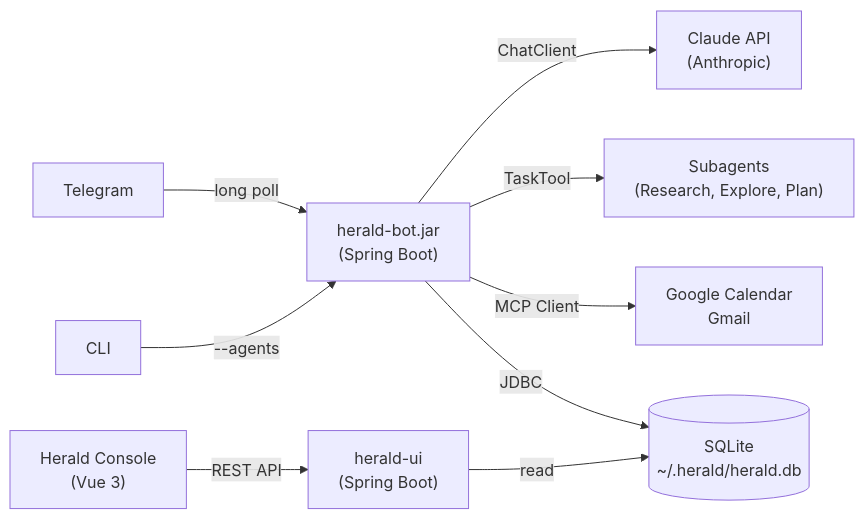
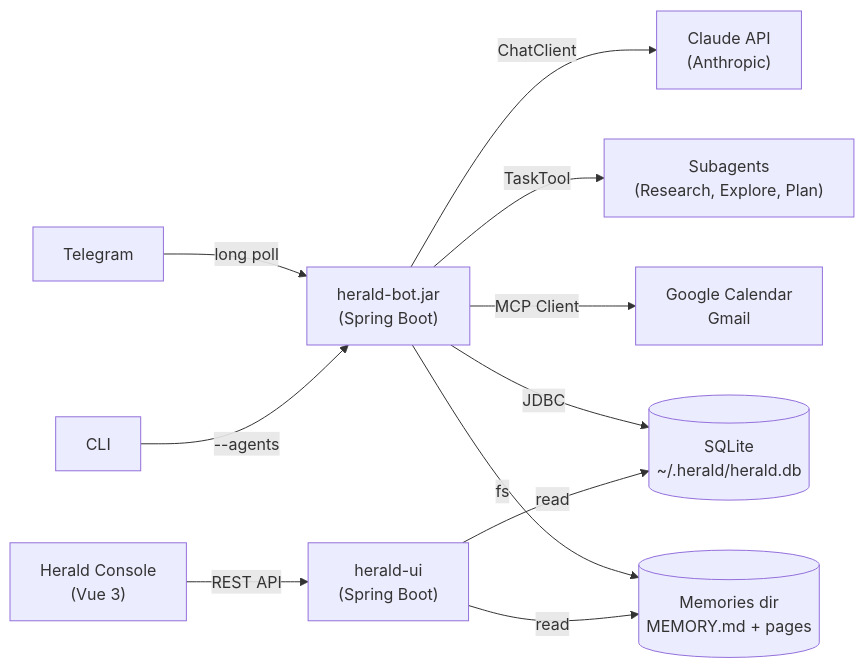
The first of 4 diagrams in README.md (dbbaskette/herald), drawn with Mermaid before and after one commit. The commit also changed other lines of this file, not shown here.

````diff
--- a/README.md
+++ b/README.md
@@ -121,11 +230,13 @@
 ```mermaid
 flowchart LR
     A["Telegram"] -->|long poll| B["herald-bot.jar<br/>(Spring Boot)"]
     B -->|ChatClient| C["Claude API<br/>(Anthropic)"]
     B -->|TaskTool| D["Subagents<br/>(Research, Explore, Plan)"]
     B -->|MCP Client| E["Google Calendar<br/>Gmail"]
     B -->|JDBC| F[("SQLite<br/>~/.herald/herald.db")]
+    B -->|fs| M[("Memories dir<br/>MEMORY.md + pages")]
     G["Herald Console<br/>(Vue 3)"] -->|REST API| H["herald-ui<br/>(Spring Boot)"]
     H -->|read| F
+    H -->|read| M
     I["CLI"] -->|--agents| B
 ```
````
